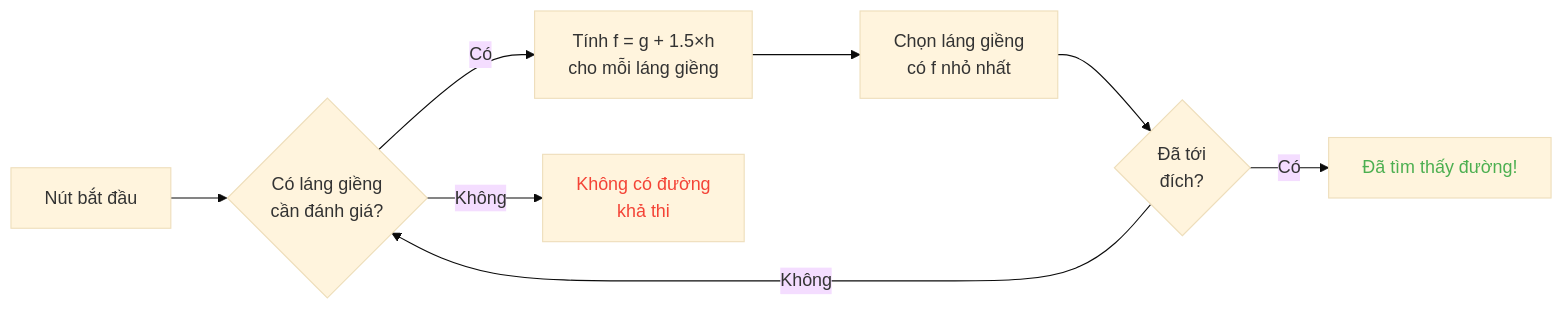
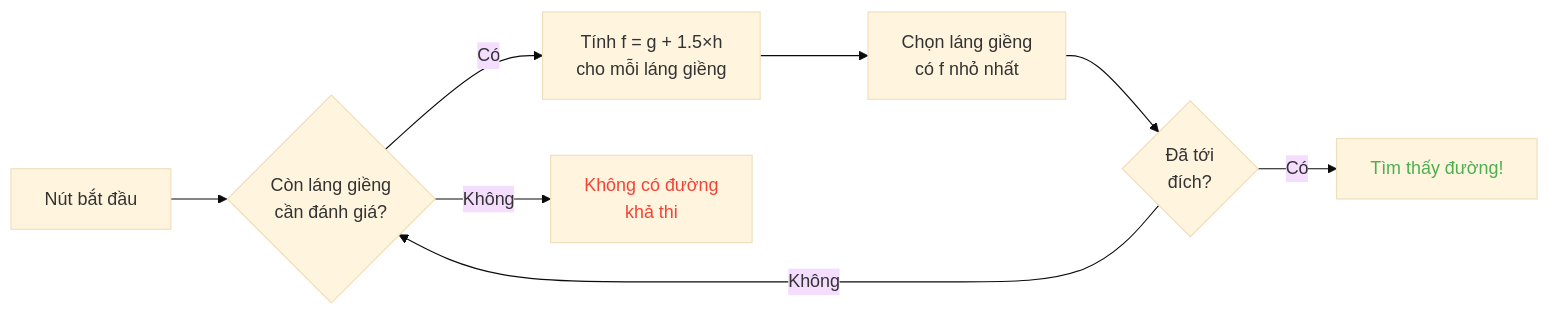
The diagram in public/articles/vi/minecraft-pathfinding-logic-and-applications.md (fox3000foxy/fox3000foxy.github.io), drawn with Mermaid (base theme) before and after one commit. The commit also changed other lines of this file and 576 other files, not shown here.

````diff
--- a/public/articles/vi/minecraft-pathfinding-logic-and-applications.md
+++ b/public/articles/vi/minecraft-pathfinding-logic-and-applications.md
@@ -198,13 +199,13 @@
 ```mermaid
 flowchart LR
-    A[Nút bắt đầu] --> B{Có láng giềng\ncần đánh giá?}
+    A[Nút bắt đầu] --> B{Còn láng giềng\ncần đánh giá?}
     B -->|Có| C[Tính f = g + 1.5×h\ncho mỗi láng giềng]
     C --> D[Chọn láng giềng\ncó f nhỏ nhất]
     D --> E{Đã tới\nđích?}
     E -->|Không| B
-    E -->|Có| F[Đã tìm thấy đường!]
+    E -->|Có| F[Tìm thấy đường!]
     B -->|Không| G[Không có đường\nkhả thi]
-    
+
     style F color:#4caf50
     style G color:#f44336
 ```
````
